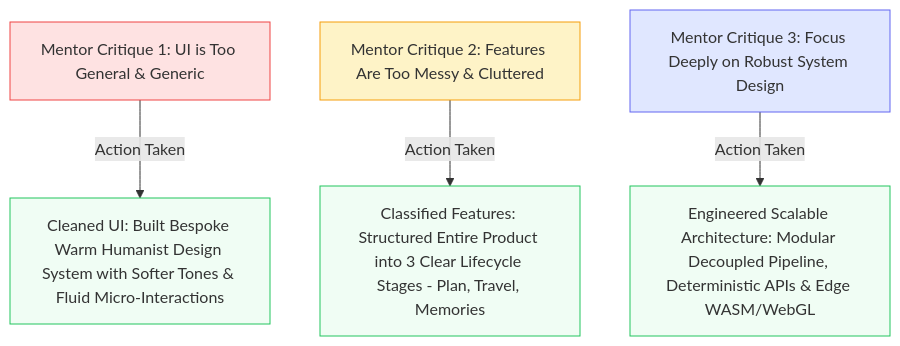
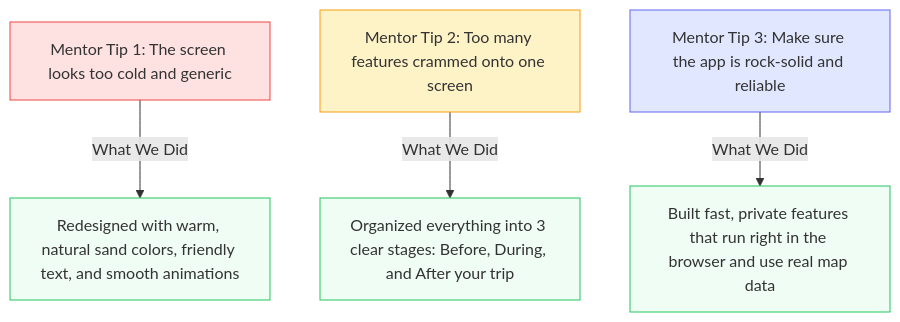
One commit to sharonxinn/Plan_Trip changed the sixth of 15 diagrams in README.md. Above: the diagram before and after it, drawn with Mermaid. The commit also changed other lines of this file and 21 other files, not shown here.

````diff
--- a/README.md
+++ b/README.md
@@ -320,13 +324,13 @@
 ```mermaid
 graph TD
-    M1[Mentor Critique 1: UI is Too General & Generic] -->|Action Taken| R1[Cleaned UI: Built Bespoke Warm Humanist Design System with Softer Tones & Fluid Micro-Interactions]
-    M2[Mentor Critique 2: Features Are Too Messy & Cluttered] -->|Action Taken| R2[Classified Features: Structured Entire Product into 3 Clear Lifecycle Stages - Plan, Travel, Memories]
-    M3[Mentor Critique 3: Focus Deeply on Robust System Design] -->|Action Taken| R3[Engineered Scalable Architecture: Modular Decoupled Pipeline, Deterministic APIs & Edge WASM/WebGL]
+    M1[Mentor Tip 1: The screen looks too cold and generic] -->|What We Did| R1[Redesigned with warm, natural sand colors, friendly text, and smooth animations]
+    M2[Mentor Tip 2: Too many features crammed onto one screen] -->|What We Did| R2[Organized everything into 3 clear stages: Before, During, and After your trip]
+    M3[Mentor Tip 3: Make sure the app is rock-solid and reliable] -->|What We Did| R3[Built fast, private features that run right in the browser and use real map data]
 
     style M1 fill:#fee2e2,stroke:#ef4444
     style M2 fill:#fef3c7,stroke:#f59e0b
     style M3 fill:#e0e7ff,stroke:#6366f1
     style R1 fill:#f0fdf4,stroke:#22c55e
     style R2 fill:#f0fdf4,stroke:#22c55e
     style R3 fill:#f0fdf4,stroke:#22c55e
 ```
````
